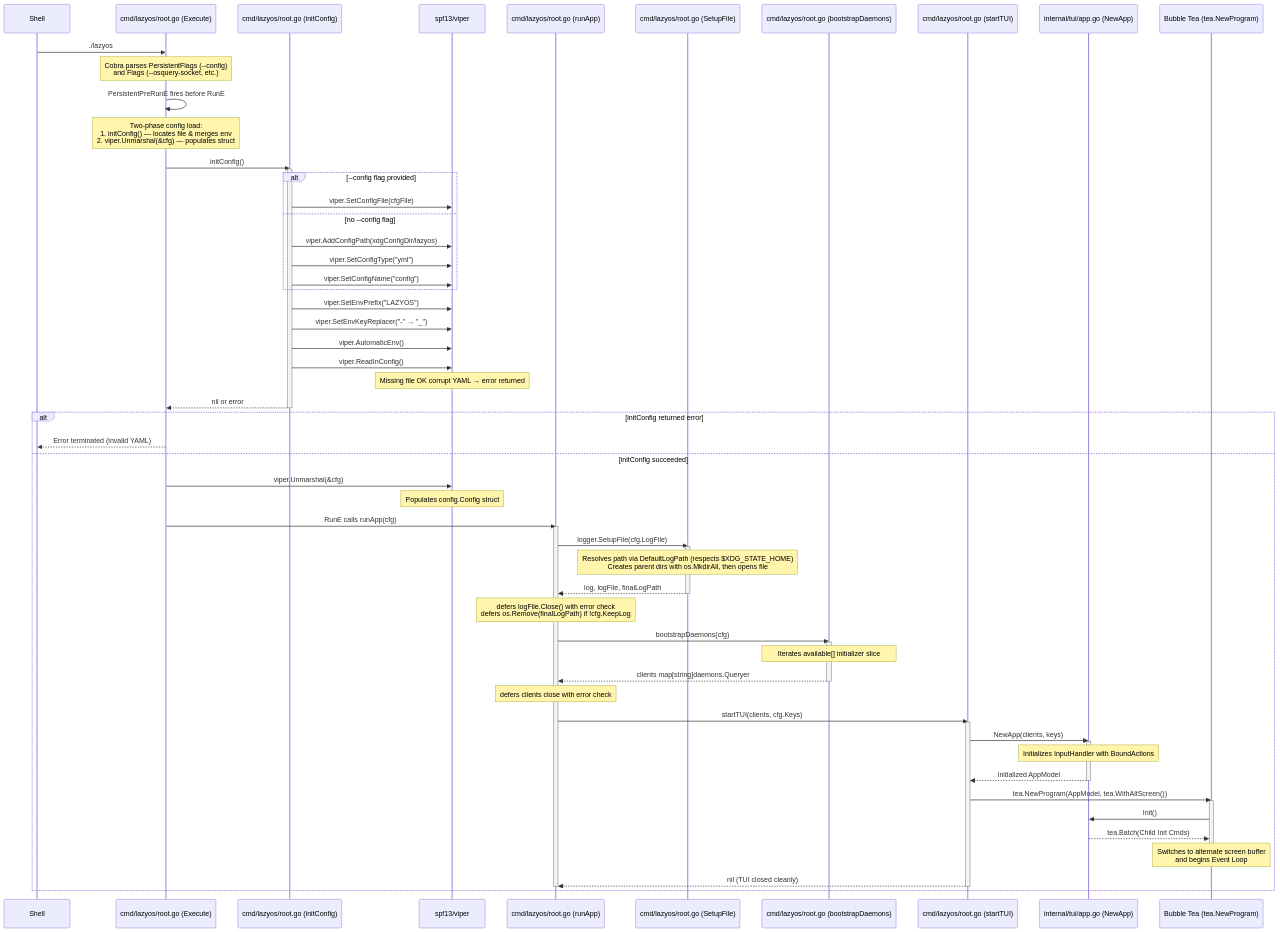
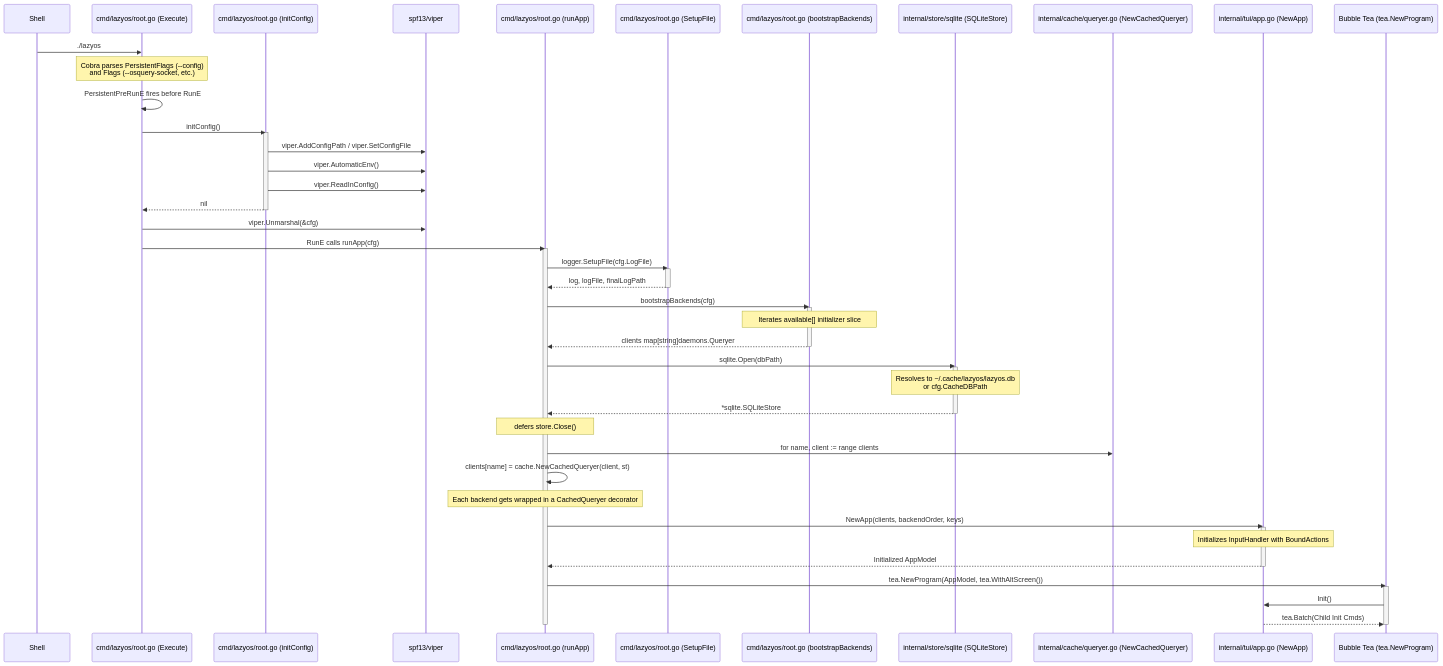
Before and after one commit to ajitm722/LazyOS: the first of 5 diagrams in docs/sequence_flows.md, drawn with Mermaid. The commit also changed other lines of this file and 27 other files, not shown here.

First line of the commit message:
feat: persistent SQLite cache layer with source query bypass

````diff
--- a/docs/sequence_flows.md
+++ b/docs/sequence_flows.md
@@ -32,78 +34,61 @@
     participant Viper as spf13/viper
     participant Pipeline as cmd/lazyos/root.go (runApp)
     participant Logger as cmd/lazyos/root.go (SetupFile)
-    participant Bootstrap as cmd/lazyos/root.go (bootstrapDaemons)
-    participant Start as cmd/lazyos/root.go (startTUI)
-    participant App as internal/tui/app.go (NewApp)
+    participant Bootstrap as cmd/lazyos/root.go (bootstrapBackends)
+    participant Store as internal/store/sqlite (SQLiteStore)
+    participant Cache as internal/cache/queryer.go (NewCachedQueryer)
+    participant TUI as internal/tui/app.go (NewApp)
     participant Runtime as Bubble Tea (tea.NewProgram)
 
     Shell->>Main: ./lazyos
     Note over Main: Cobra parses PersistentFlags (--config)<br/>and Flags (--osquery-socket, etc.)
 
     Main->>Main: PersistentPreRunE fires before RunE
-    Note over Main: Two-phase config load:<br/>1. initConfig() — locates file & merges env<br/>2. viper.Unmarshal(&cfg) — populates struct
 
     Main->>Config: initConfig()
     activate Config
-
-    alt --config flag provided
-        Config->>Viper: viper.SetConfigFile(cfgFile)
-    else no --config flag
-        Config->>Viper: viper.AddConfigPath(xdgConfigDir/lazyos)
-        Config->>Viper: viper.SetConfigType("yml")
-        Config->>Viper: viper.SetConfigName("config")
-    end
-
-    Config->>Viper: viper.SetEnvPrefix("LAZYOS")
-    Config->>Viper: viper.SetEnvKeyReplacer("-" → "_")
+    Config->>Viper: viper.AddConfigPath / viper.SetConfigFile
     Config->>Viper: viper.AutomaticEnv()
     Config->>Viper: viper.ReadInConfig()
-    Note over Viper: Missing file OK corrupt YAML → error returned
-
-    Config-->>Main: nil or error
+    Config-->>Main: nil
     deactivate Config
 
-    alt initConfig returned error
-        Main-->>Shell: Error terminated (invalid YAML)
-    else initConfig succeeded
-        Main->>Viper: viper.Unmarshal(&cfg)
-        Note over Viper: Populates config.Config struct
+    Main->>Viper: viper.Unmarshal(&cfg)
+    Main->>Pipeline: RunE calls runApp(cfg)
+    activate Pipeline
 
-        Main->>Pipeline: RunE calls runApp(cfg)
-        activate Pipeline
+    Pipeline->>Logger: logger.SetupFile(cfg.LogFile)
+    activate Logger
+    Logger-->>Pipeline: log, logFile, finalLogPath
+    deactivate Logger
 
-        Pipeline->>Logger: logger.SetupFile(cfg.LogFile)
-        activate Logger
-        Note over Logger: Resolves path via DefaultLogPath (respects $XDG_STATE_HOME)<br/>Creates parent dirs with os.MkdirAll, then opens file
-        Logger-->>Pipeline: log, logFile, finalLogPath
-        deactivate Logger
-        Note over Pipeline: defers logFile.Close() with error check<br/>defers os.Remove(finalLogPath) if !cfg.KeepLog
+    Pipeline->>Bootstrap: bootstrapBackends(cfg)
+    activate Bootstrap
+    Note over Bootstrap: Iterates available[] initializer slice
+    Bootstrap-->>Pipeline: clients map[string]daemons.Queryer
+    deactivate Bootstrap
 
-        Pipeline->>Bootstrap: bootstrapDaemons(cfg)
-        activate Bootstrap
-        Note over Bootstrap: Iterates available[] initializer slice
-        Bootstrap-->>Pipeline: clients map[string]daemons.Queryer
-        deactivate Bootstrap
-        Note over Pipeline: defers clients close with error check
+    Pipeline->>Store: sqlite.Open(dbPath)
+    activate Store
+    Note over Store: Resolves to ~/.cache/lazyos/lazyos.db<br/>or cfg.CacheDBPath
+    Store-->>Pipeline: *sqlite.SQLiteStore
+    deactivate Store
 
-        Pipeline->>Start: startTUI(clients, cfg.Keys)
-        activate Start
+    Note over Pipeline: defers store.Close()
+    Pipeline->>Cache: for name, client := range clients
+    Pipeline->>Pipeline: clients[name] = cache.NewCachedQueryer(client, st)
+    Note over Pipeline: Each backend gets wrapped in a CachedQueryer decorator
 
-        Start->>App: NewApp(clients, keys)
-        activate App
-        Note over App: Initializes InputHandler with BoundActions
-        App-->>Start: Initialized AppModel
-        deactivate App
+    Pipeline->>TUI: NewApp(clients, backendOrder, keys)
+    activate TUI
+    Note over TUI: Initializes InputHandler with BoundActions
+    TUI-->>Pipeline: Initialized AppModel
+    deactivate TUI
 
-        Start->>Runtime: tea.NewProgram(AppModel, tea.WithAltScreen())
-        activate Runtime
-        Runtime->>App: Init()
-        App-->>Runtime: tea.Batch(Child Init Cmds)
-        Note over Runtime: Switches to alternate screen buffer<br/>and begins Event Loop
-        deactivate Runtime
-
-        Start-->>Pipeline: nil (TUI closed cleanly)
-        deactivate Start
-        deactivate Pipeline
-    end
+    Pipeline->>Runtime: tea.NewProgram(AppModel, tea.WithAltScreen())
+    activate Runtime
+    Runtime->>TUI: Init()
+    TUI-->>Runtime: tea.Batch(Child Init Cmds)
+    deactivate Runtime
+    deactivate Pipeline
 ```
````
